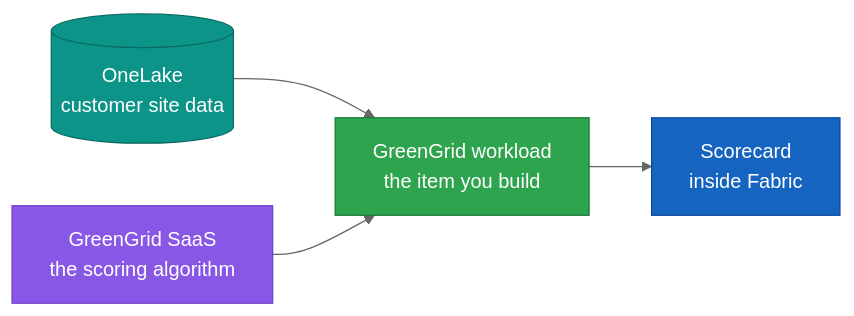
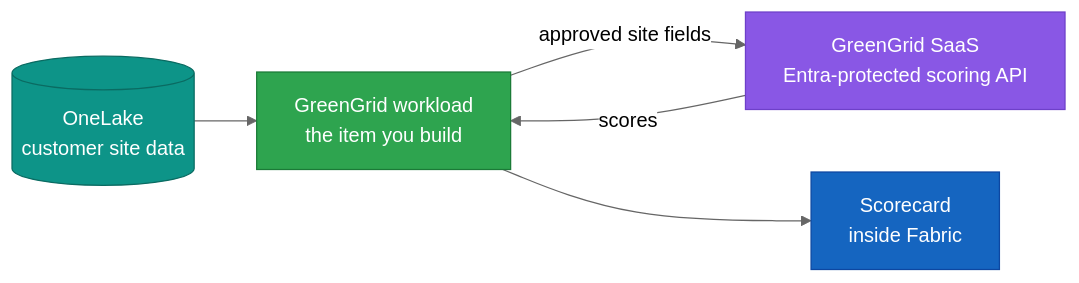
The seventh of 8 diagrams in workload-chapter-outline.md (fredgis/BookWorkload), drawn with Mermaid (neutral theme) before and after one commit. The commit also changed other lines of this file and 8 other files, not shown here.

````diff
--- a/workload-chapter-outline.md
+++ b/workload-chapter-outline.md
@@ -275,14 +307,15 @@
 ```mermaid
 flowchart LR
     OL[("OneLake<br/>customer site data")]
-    SA["GreenGrid SaaS<br/>the scoring algorithm"]
+    SA["GreenGrid SaaS<br/>Entra-protected scoring API"]
     W["GreenGrid workload<br/>the item you build"]
     R["Scorecard<br/>inside Fabric"]
     OL --> W
-    SA --> W
+    W -->|"approved site fields"| SA
+    SA -->|"scores"| W
     W --> R
     style OL fill:#0d9488,stroke:#0a6b62,color:#ffffff
     style SA fill:#8957e5,stroke:#6e40c9,color:#ffffff
     style W fill:#2ea44f,stroke:#1b7a37,color:#ffffff
     style R fill:#1565c0,stroke:#0d47a1,color:#ffffff
 ```
````
